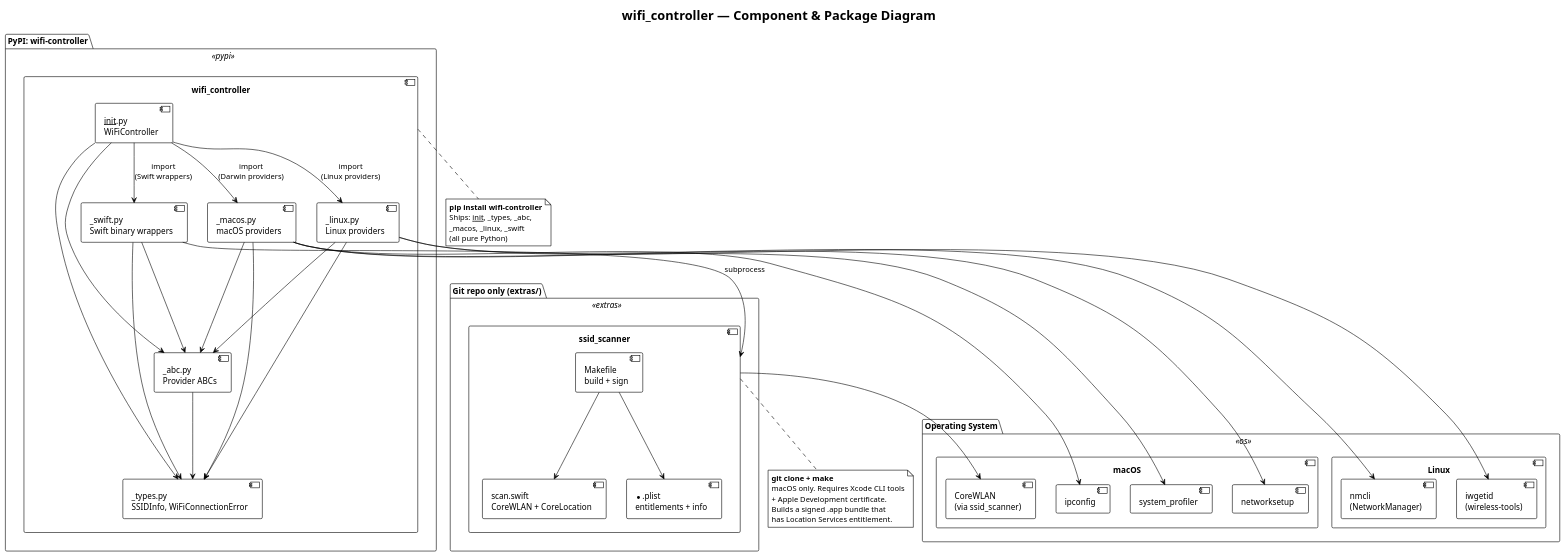
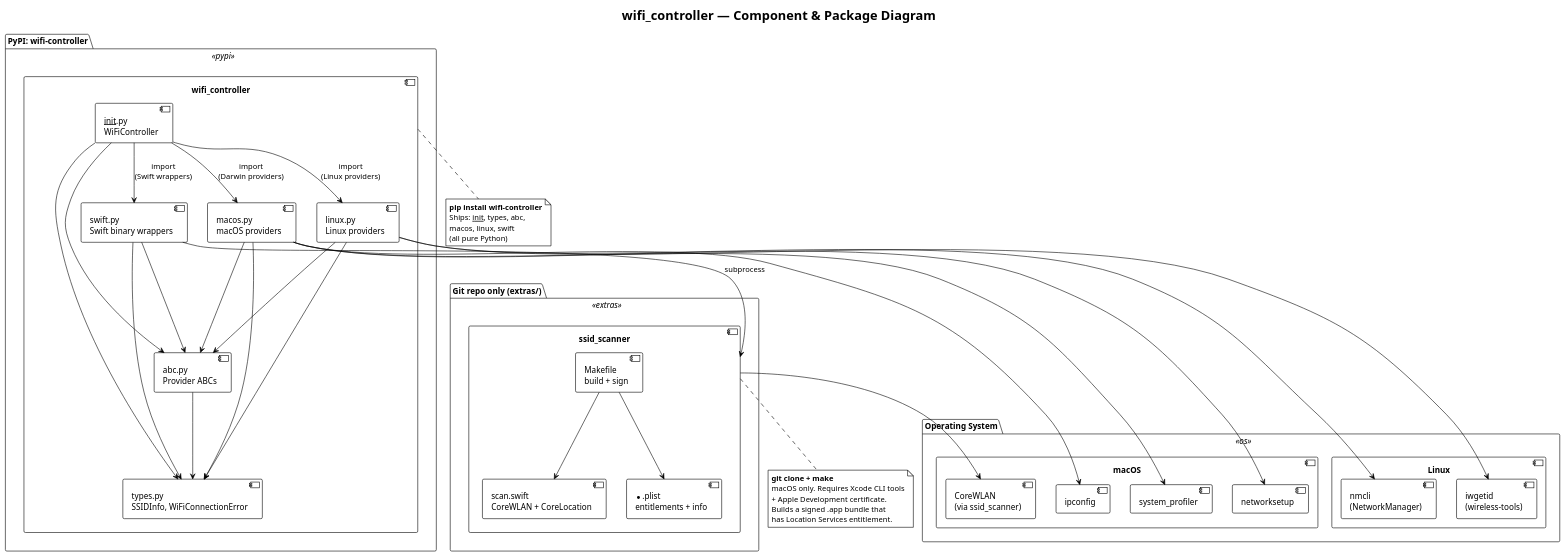
One commit to jugglingbear/wifi_controller changed the diagram in docs/component_diagram.puml. Above: the diagram before and after it, drawn with PlantUML. The commit also changed 19 other files, not shown here.

```diff
--- a/docs/component_diagram.puml
+++ b/docs/component_diagram.puml
@@ -1,89 +1,89 @@
 @startuml component_diagram
 !theme plain
 
 title wifi_controller — Component & Package Diagram
 
 skinparam component {
     BackgroundColor<<pypi>> #FEFECE
     BackgroundColor<<extras>> #E8F5E9
     BackgroundColor<<os>> #E3F2FD
 }
 
 package "PyPI: wifi-controller" <<pypi>> {
 
     component "wifi_controller" as pkg {
         [__init__.py\nWiFiController] as init
-        [_types.py\nSSIDInfo, WiFiConnectionError] as types
-        [_abc.py\nProvider ABCs] as abc
-        [_macos.py\nmacOS providers] as macos
-        [_linux.py\nLinux providers] as linux
-        [_swift.py\nSwift binary wrappers] as swift
+        [types.py\nSSIDInfo, WiFiConnectionError] as types
+        [abc.py\nProvider ABCs] as abc
+        [macos.py\nmacOS providers] as macos
+        [linux.py\nLinux providers] as linux
+        [swift.py\nSwift binary wrappers] as swift
     }
 
     init --> types
     init --> abc
     init --> macos : import\n(Darwin providers)
     init --> linux : import\n(Linux providers)
     init --> swift : import\n(Swift wrappers)
     abc --> types
     macos --> abc
     macos --> types
     linux --> abc
     linux --> types
     swift --> abc
     swift --> types
 }
 
 package "Git repo only (extras/)" <<extras>> {
     component "ssid_scanner" as scanner {
-        [scan.swift\nCoreWLAN + CoreLocation] as scan_swift
+        [scan.swift\nCoreWLAN + CoreLocation] as scanswift
         [Makefile\nbuild + sign] as makefile
         [*.plist\nentitlements + info] as plists
     }
-    makefile --> scan_swift
+    makefile --> scanswift
     makefile --> plists
 }
 
 package "Operating System" <<os>> {
     component "macOS" as macos_os {
         [networksetup] as ns
         [ipconfig] as ipc
         [system_profiler] as sp
         [CoreWLAN\n(via ssid_scanner)] as cwlan
     }
 
     component "Linux" as linux_os {
         [nmcli\n(NetworkManager)] as nmcli
         [iwgetid\n(wireless-tools)] as iwgetid
     }
 }
 
 ' macOS providers → OS tools
 macos --> ns
 macos --> ipc
 macos --> sp
 
 ' Linux providers → OS tools
 linux --> nmcli
 linux --> iwgetid
 
 ' Swift wrappers → binary → CoreWLAN
 swift --> scanner : subprocess
 scanner --> cwlan
 
 note bottom of pkg
   **pip install wifi-controller**
-  Ships: __init__, _types, _abc,
-  _macos, _linux, _swift
+  Ships: __init__, types, abc,
+  macos, linux, swift
   (all pure Python)
 end note
 
 note bottom of scanner
   **git clone + make**
   macOS only. Requires Xcode CLI tools
   + Apple Development certificate.
   Builds a signed .app bundle that
   has Location Services entitlement.
 end note
 
 @enduml
```
